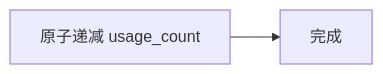
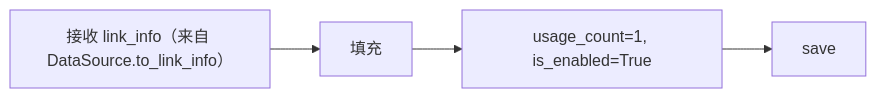
One commit to ZhuoZhuoCrayon/ai-workspace changed the sixth of 9 diagrams in knowledge/bkmonitor/issues/2026-03-03-apm-shared-datasource/PLAN.md. Above: the diagram before and after it, drawn with Mermaid. The commit also changed other lines of this file, not shown here.

````diff
--- a/knowledge/bkmonitor/issues/2026-03-03-apm-shared-datasource/PLAN.md
+++ b/knowledge/bkmonitor/issues/2026-03-03-apm-shared-datasource/PLAN.md
@@ -195,4 +208,6 @@
 ```mermaid
 flowchart LR
-    A[原子递减 usage_count] --> B[完成]
+    A["接收 link_info（来自 DataSource.to_link_info）"] --> B[填充]
+    B --> C["usage_count=1, is_enabled=True"]
+    C --> D[save]
 ```
````
